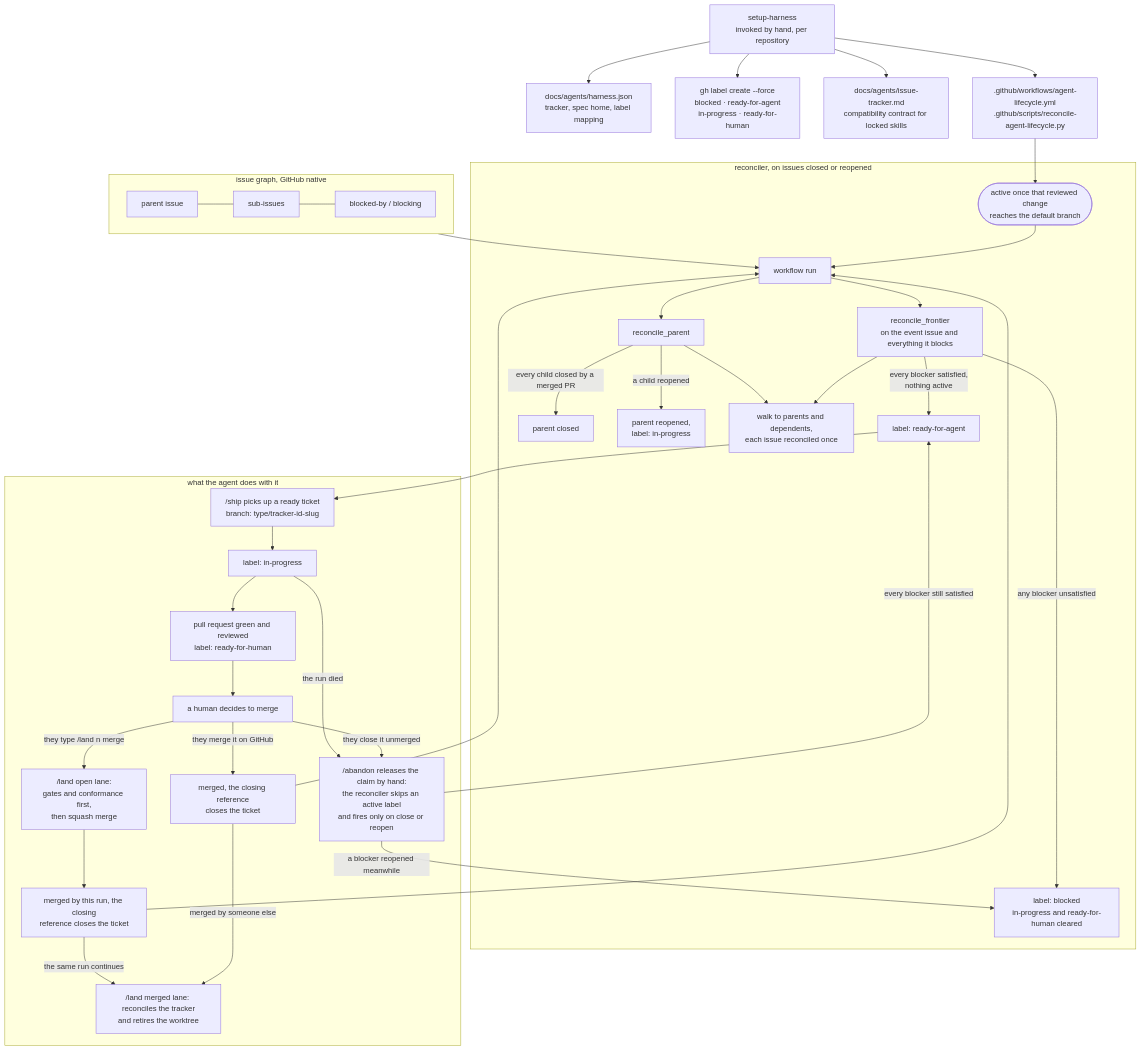
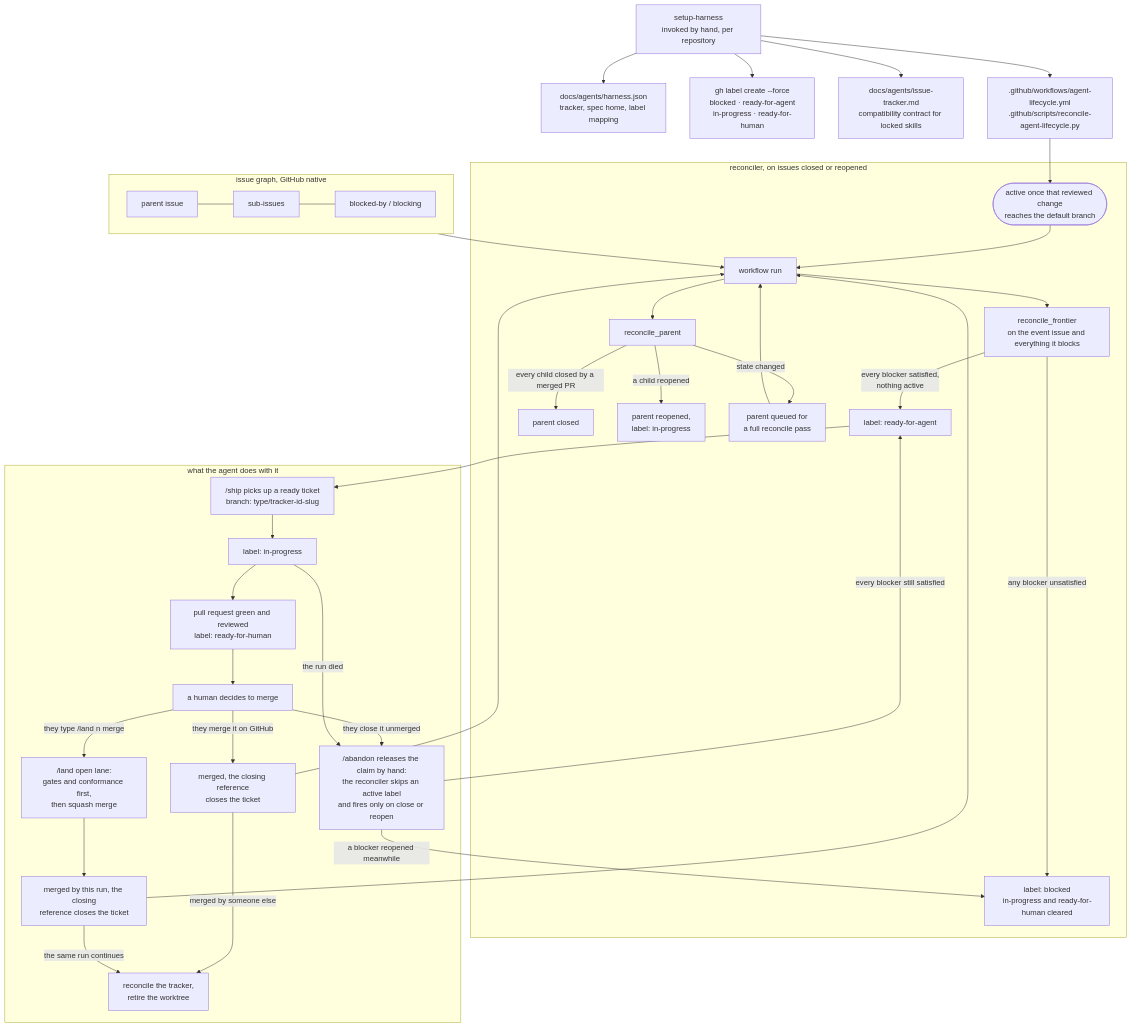
Before and after one commit to jvillegasd/dotfiles: the second of 2 diagrams in harness/README.md, drawn with Mermaid. The commit also changed other lines of this file, not shown here.

First line of the commit message:
docs(harness): correct lifecycle diagrams

````diff
--- a/harness/README.md
+++ b/harness/README.md
@@ -277,45 +282,45 @@
 ```mermaid
 flowchart TD
     setup["setup-harness<br>invoked by hand, per repository"] --> config["docs/agents/harness.json<br>tracker, spec home, label mapping"]
     setup --> labels["gh label create --force<br>blocked · ready-for-agent<br>in-progress · ready-for-human"]
     setup --> trackerdoc["docs/agents/issue-tracker.md<br>compatibility contract for locked skills"]
     setup --> files[".github/workflows/agent-lifecycle.yml<br>.github/scripts/reconcile-agent-lifecycle.py"]
     files --> active(["active once that reviewed change<br>reaches the default branch"])
 
     subgraph GRAPH["issue graph, GitHub native"]
         parent["parent issue"] --- children["sub-issues"]
         children --- deps["blocked-by / blocking"]
     end
 
     subgraph RUN["reconciler, on issues closed or reopened"]
         active --> trigger["workflow run"]
         trigger --> frontier["reconcile_frontier<br>on the event issue and everything it blocks"]
         frontier -->|any blocker unsatisfied| blocked["label: blocked<br>in-progress and ready-for-human cleared"]
         frontier -->|every blocker satisfied,<br>nothing active| ready["label: ready-for-agent"]
         trigger --> parentstate["reconcile_parent"]
         parentstate -->|every child closed by a merged PR| closeparent["parent closed"]
         parentstate -->|a child reopened| reopenparent["parent reopened,<br>label: in-progress"]
-        frontier --> walk["walk to parents and dependents,<br>each issue reconciled once"]
-        parentstate --> walk
+        parentstate -->|state changed| parentqueue["parent queued for<br>a full reconcile pass"]
+        parentqueue --> trigger
     end
 
     GRAPH --> trigger
 
     subgraph AGENT["what the agent does with it"]
         ready --> ship["/ship picks up a ready ticket<br>branch: type/tracker-id-slug"]
         ship --> inprogress["label: in-progress"]
         inprogress --> prready["pull request green and reviewed<br>label: ready-for-human"]
         prready --> humanmerge["a human decides to merge"]
         humanmerge -->|they merge it on GitHub| merged["merged, the closing reference<br>closes the ticket"]
         humanmerge -->|they type /land n merge| landopen["/land open lane:<br>gates and conformance first,<br>then squash merge"]
         landopen --> mergedself["merged by this run, the closing<br>reference closes the ticket"]
         mergedself --> trigger
         merged --> trigger
-        merged -->|merged by someone else| land["/land merged lane: reconciles the tracker<br>and retires the worktree"]
-        mergedself -->|the same run continues| land
+        merged -->|merged by someone else| landtail["reconcile the tracker,<br>retire the worktree"]
+        mergedself -->|the same run continues| landtail
         humanmerge -->|they close it unmerged| abandonlabel["/abandon releases the claim by hand:<br>the reconciler skips an active label<br>and fires only on close or reopen"]
         inprogress -->|the run died| abandonlabel
         abandonlabel -->|every blocker still satisfied| ready
         abandonlabel -->|a blocker reopened meanwhile| blocked
     end
 ```
````
